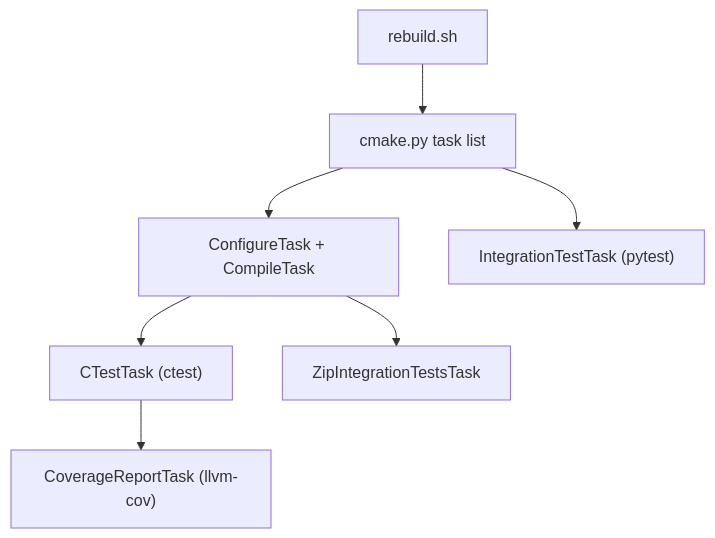
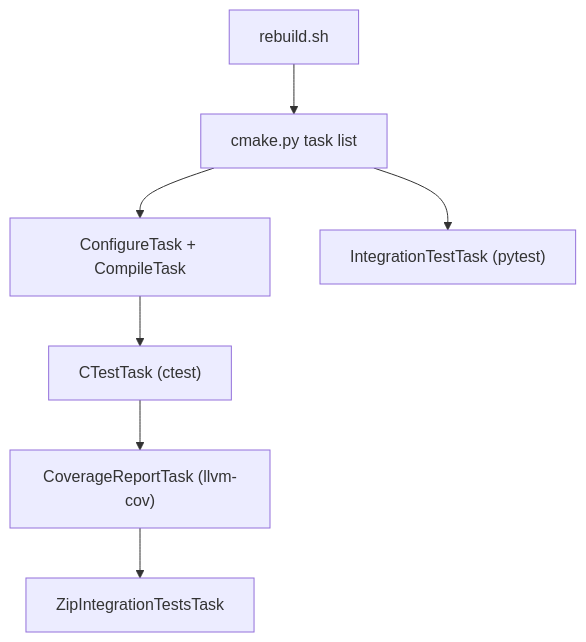
The eighth of 8 diagrams in 27-testing.md (aospbooks/android-emulator-internal-book), drawn with Mermaid before and after one commit. The commit also changed other lines of this file and 31 other files, not shown here.

````diff
--- a/27-testing.md
+++ b/27-testing.md
@@ -523,16 +523,16 @@
 ```mermaid
 flowchart TB
   RB["rebuild.sh"]
   CM["cmake.py task list"]
   CFG["ConfigureTask + CompileTask"]
   CT["CTestTask (ctest)"]
   COV["CoverageReportTask (llvm-cov)"]
   ZIP["ZipIntegrationTestsTask"]
   IT["IntegrationTestTask (pytest)"]
   RB --> CM
   CM --> CFG
   CFG --> CT
   CT --> COV
-  CFG --> ZIP
+  COV --> ZIP
   CM --> IT
 ```
````
